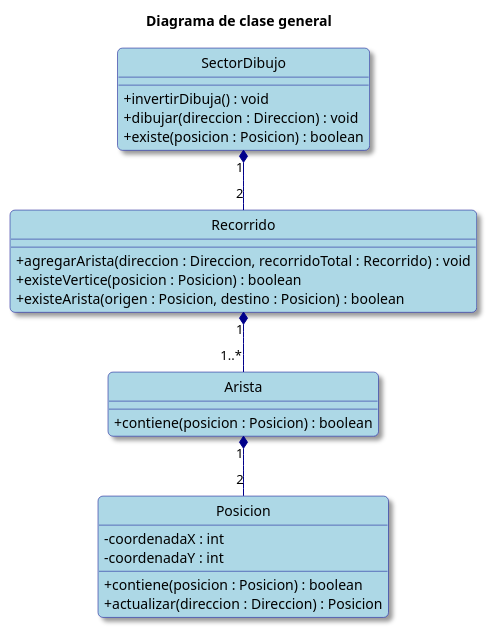
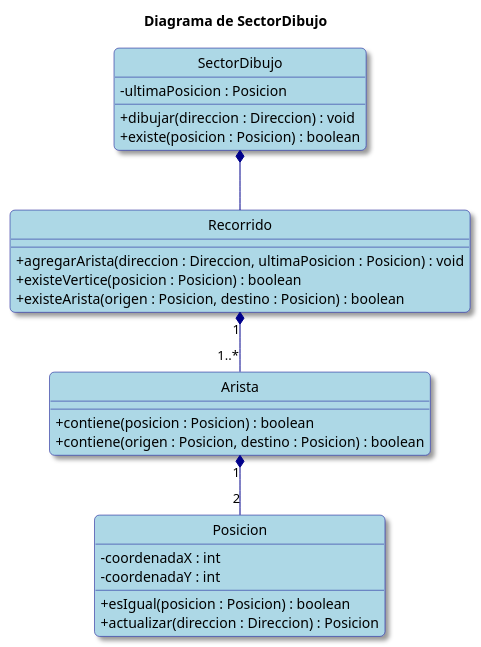
One commit to valva-ro/Algo3-TP2-AlgoBlocks changed the second of 8 diagrams in diagramas-uml.puml. Above: the diagram before and after it, drawn with PlantUML.

Commit message:
docs: Actualice diagramas de clase
Falta actualizar los de secuencia

```diff
--- a/diagramas-uml.puml
+++ b/diagramas-uml.puml
@@ -73,47 +73,48 @@
 @startuml
 hide circle
 skinparam classAttributeIconSize 0
 skinparam backgroundColor White
 skinparam RoundCorner 10
 skinparam Shadowing true
 
 skinparam class {
     ArrowColor DarkBlue
     BackgroundColor LightBlue
     BorderColor DarkBlue
 }
 
 skinparam note {
     BackgroundColor LightYellow
     BorderColor DarkBlue
 }
 
-title Diagrama de clase general
-
+title Diagrama de SectorDibujo
 
 class SectorDibujo {
-    + invertirDibuja() : void
+    - ultimaPosicion : Posicion
     + dibujar(direccion : Direccion) : void
     + existe(posicion : Posicion) : boolean
 }
+
 class Recorrido {
-    + agregarArista(direccion : Direccion, recorridoTotal : Recorrido) : void
+    + agregarArista(direccion : Direccion, ultimaPosicion : Posicion) : void
     + existeVertice(posicion : Posicion) : boolean
     + existeArista(origen : Posicion, destino : Posicion) : boolean
 }
 
 class Arista {
     + contiene(posicion : Posicion) : boolean
+    + contiene(origen : Posicion, destino : Posicion) : boolean
 }
 
 class Posicion {
     - coordenadaX : int
     - coordenadaY : int
-    + contiene(posicion : Posicion) : boolean
+    + esIgual(posicion : Posicion) : boolean
     + actualizar(direccion : Direccion) : Posicion
 }
 
-SectorDibujo "1" *-- "2" Recorrido
+SectorDibujo *-- Recorrido
 Recorrido "1" *-- "1..*" Arista
 Arista "1" *-- "2" Posicion
 @enduml
```
